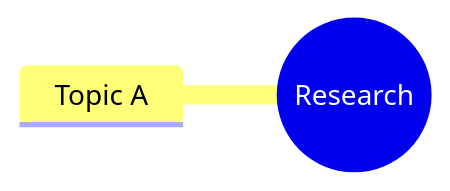
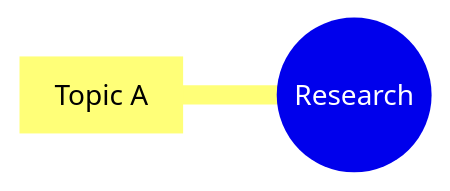
The fourth of 7 diagrams in obsidian/skills/obsidian-mermaid-visualizer/flow/mindmap.md (kouko/monkey-skills), drawn with Mermaid before and after one commit. The commit also changed other lines of this file and 17 other files, not shown here.

````diff
--- a/obsidian/skills/obsidian-mermaid-visualizer/flow/mindmap.md
+++ b/obsidian/skills/obsidian-mermaid-visualizer/flow/mindmap.md
@@ -63,7 +65,7 @@
 ```mermaid
 mindmap
-  root((Research))
+  root(("Research"))
     ::icon(fa fa-book)
-    Topic A
+    Topic_A["Topic A"]
       ::icon(fa fa-lightbulb)
 ```
````
